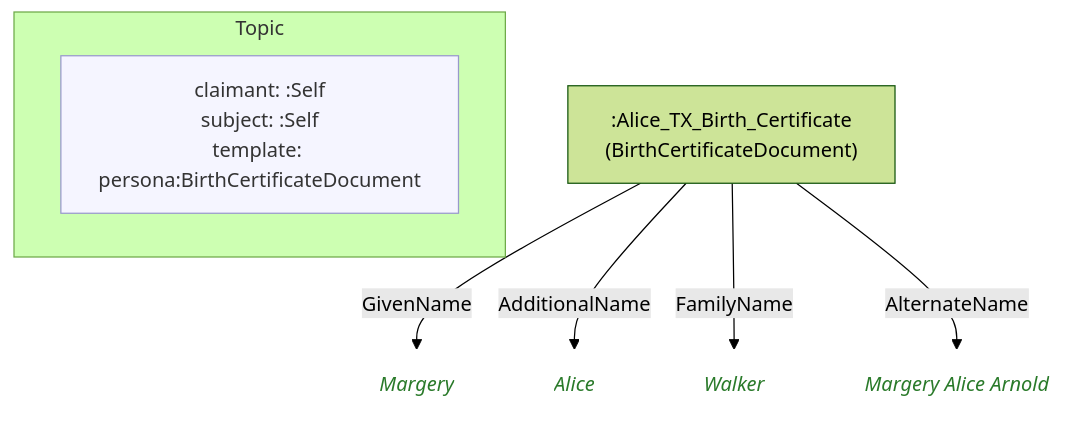
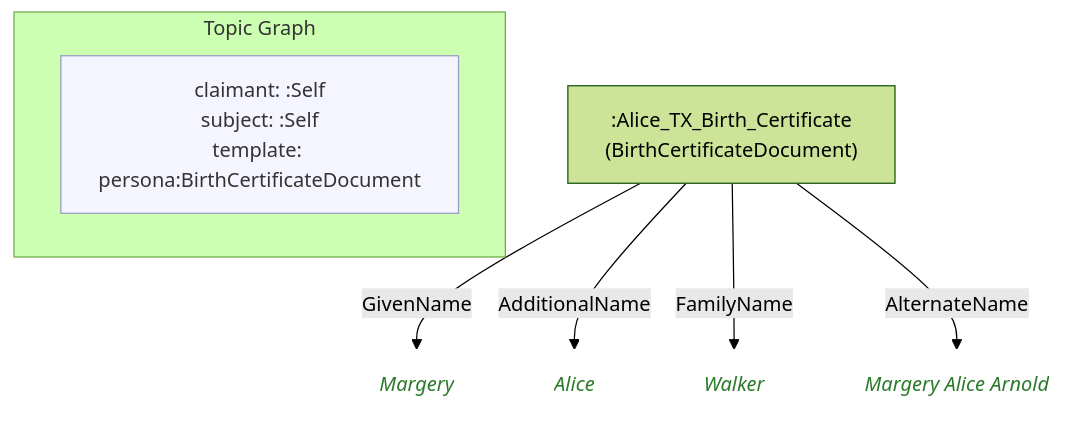
Before and after one commit to MeeFoundation/mia-ontologies: the diagram in example/topics/images/self.self(Texas-Vital-Records)(birth-certificate)(24).mmd, drawn with Mermaid (forest theme). The commit also changed 65 other files, not shown here.

First line of the commit message:
Relabel per-topic diagram metadata box "Topic" -> "Topic Graph"

```diff
--- a/example/topics/images/self.self(Texas-Vital-Records)(birth-certificate)(24).mmd
+++ b/example/topics/images/self.self(Texas-Vital-Records)(birth-certificate)(24).mmd
@@ -1,22 +1,22 @@
 flowchart TD
     classDef person fill:#fffacd,stroke:#aaa,color:#333
     classDef grp    fill:#d4edda,stroke:#aaa,color:#333
     classDef org    fill:#cce5ff,stroke:#aaa,color:#333
     classDef lit    fill:none,stroke:none,font-style:italic,color:#2a7a2a
     classDef meta   fill:#f5f5ff,stroke:#9999cc,color:#333
 
-    subgraph ctx["Topic"]
+    subgraph ctx["Topic Graph"]
         direction LR
         ctx_meta["claimant: :Self\nsubject: :Self\ntemplate: persona:BirthCertificateDocument"]:::meta
     end
 
     n0b5b9e968f7f[":Alice_TX_Birth_Certificate\n(BirthCertificateDocument)"]
-    n2ff08d1ea4da("Margery"):::lit
-    n091b8d0db85b("Alice"):::lit
-    nab14fd21d78a("Walker"):::lit
-    n3a39dc1d7e71("Margery Alice Arnold"):::lit
+    n00e72bad01f7("Margery"):::lit
+    nafd8e98af0aa("Alice"):::lit
+    n9ad064e9e449("Walker"):::lit
+    n81567635f036("Margery Alice Arnold"):::lit
 
-    n0b5b9e968f7f -->|"GivenName"| n2ff08d1ea4da
-    n0b5b9e968f7f -->|"AdditionalName"| n091b8d0db85b
-    n0b5b9e968f7f -->|"FamilyName"| nab14fd21d78a
-    n0b5b9e968f7f -->|"AlternateName"| n3a39dc1d7e71
+    n0b5b9e968f7f -->|"GivenName"| n00e72bad01f7
+    n0b5b9e968f7f -->|"AdditionalName"| nafd8e98af0aa
+    n0b5b9e968f7f -->|"FamilyName"| n9ad064e9e449
+    n0b5b9e968f7f -->|"AlternateName"| n81567635f036
```
